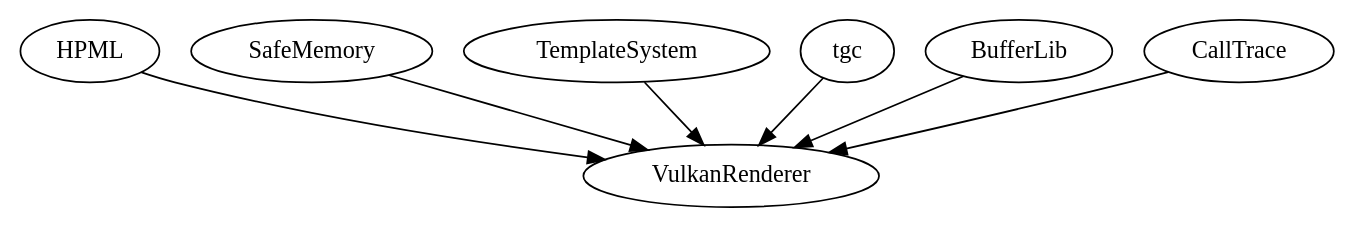
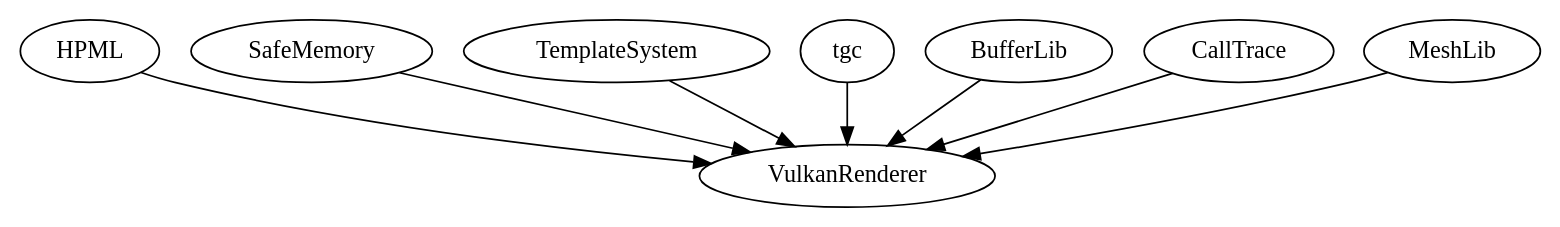
Before and after one commit to ravi688/VulkanRenderer: the diagram in VulkanRenderer.gv, drawn with Graphviz. The commit also changed 1 other file, not shown here.

Commit message:
Updated VulkanRenderer.gv and makefile

```diff
--- a/VulkanRenderer.gv
+++ b/VulkanRenderer.gv
@@ -1,37 +1,41 @@
 
 #pragma once
 
 digraph VulkanRenderer
 {
 	#define digraph subgraph
 	#include <HPML.gv>
 	#undef digraph
 
 	#define digraph subgraph
 	#include <SafeMemory.gv>
 	#undef digraph
 
 	#define digraph subgraph
 	#include <TemplateSystem.gv>
 	#undef digraph
 
 	#define digraph subgraph
 	#include <tgc.gv>
 	#undef digraph
 
 	#define digraph subgraph
 	#include <BufferLib.gv>
 	#undef digraph
 
 	#define digraph subgraph
 	#include <CallTrace.gv>
 	#undef digraph
 
+	#define digraph subgraph
+	#include <MeshLib.gv>
+	#undef digraph
 
 	HPML -> VulkanRenderer;
 	SafeMemory -> VulkanRenderer;
 	TemplateSystem -> VulkanRenderer;
 	tgc -> VulkanRenderer;
 	BufferLib -> VulkanRenderer;
 	CallTrace -> VulkanRenderer;
+	MeshLib -> VulkanRenderer;
 }
```
